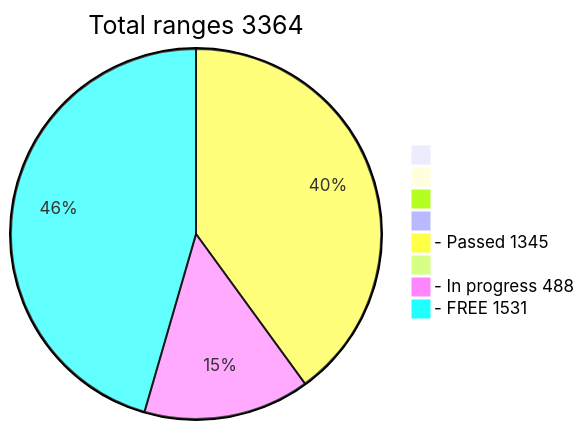
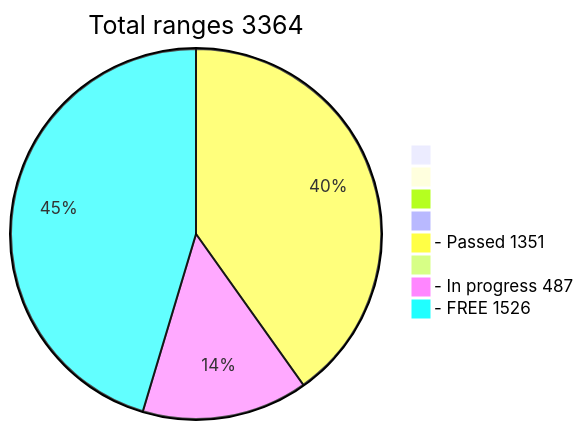
Before and after one commit to phrutis/wif500: the diagram in README.md, drawn with Mermaid.

````diff
--- a/README.md
+++ b/README.md
@@ -16,12 +16,12 @@
 ```mermaid
 pie title Total ranges 3364
              " " : 0
             "  " : 0
            "   " : 0
           "    " : 0
-  "- Passed 1345" : 1345
+  "- Passed 1351" : 1351
          "     " : 0
-  "- In progress 488" : 488
-   "- FREE 1531" : 1531
+  "- In progress 487" : 487
+   "- FREE 1526" : 1526
    
 ```
````
